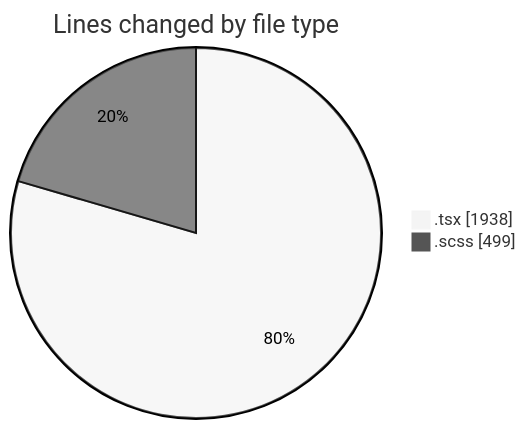
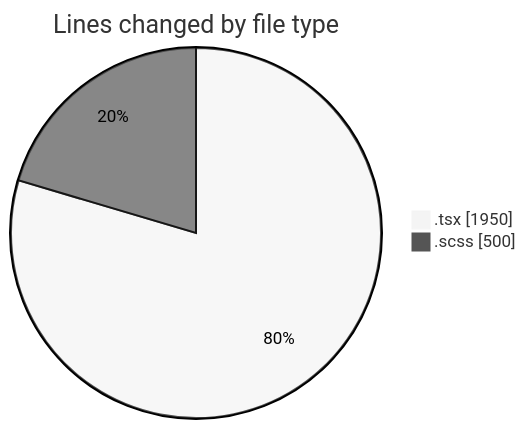
The first of 2 diagrams in 2025-04-10/cda/README.md (momahboobian/code-tracking), drawn with Mermaid (neutral theme) before and after one commit. The commit also changed other lines of this file and 1 other file, not shown here.

````diff
--- a/2025-04-10/cda/README.md
+++ b/2025-04-10/cda/README.md
@@ -26,6 +26,6 @@
 ```mermaid
 pie showData
 title Lines changed by file type
-".tsx" : 1938
-".scss" : 499
+".tsx" : 1950
+".scss" : 500
 ```
````
